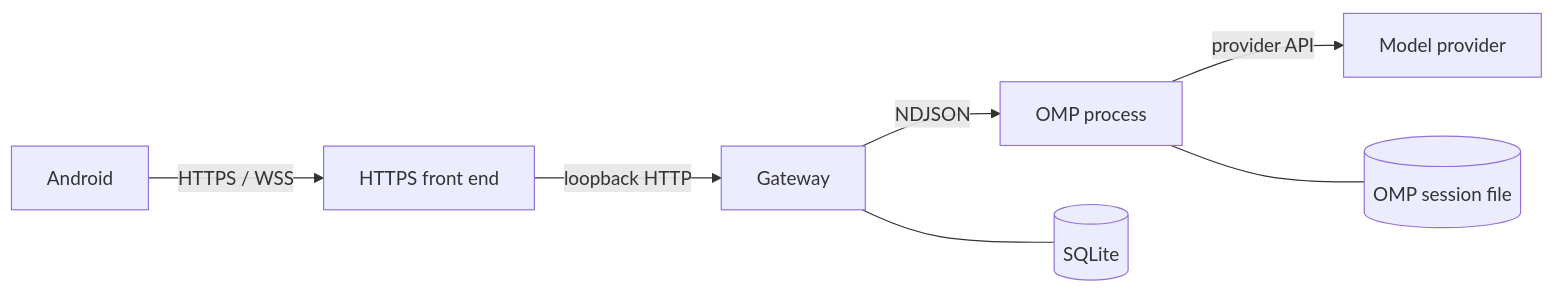
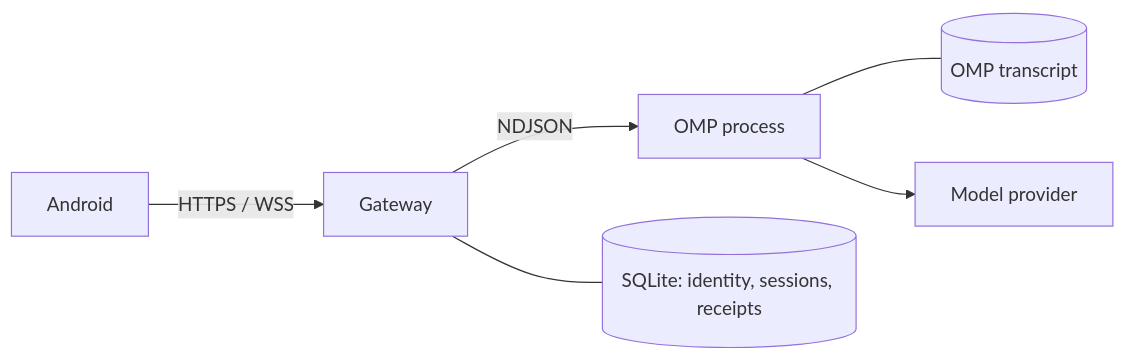
The diagram in docs/architecture.md (3xian/PinkCollab), drawn with Mermaid before and after one commit. The commit also changed other lines of this file and 37 other files, not shown here.

Commit message:
feat: implement Gateway API v2 and Android session sync

````diff
--- a/docs/architecture.md
+++ b/docs/architecture.md
@@ -15,9 +5,8 @@
 ```mermaid
 flowchart LR
-    A[Android] -->|HTTPS / WSS| T[HTTPS front end]
-    T -->|loopback HTTP| G[Gateway]
+    A[Android] -->|HTTPS / WSS| G[Gateway]
     G -->|NDJSON| O[OMP process]
-    O -->|provider API| P[Model provider]
-    G --- S[(SQLite)]
-    O --- J[(OMP session file)]
+    G --- S[(SQLite: identity, sessions, receipts)]
+    O --- J[(OMP transcript)]
+    O --> P[Model provider]
 ```
````
